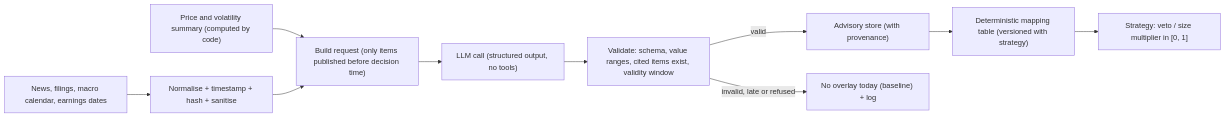
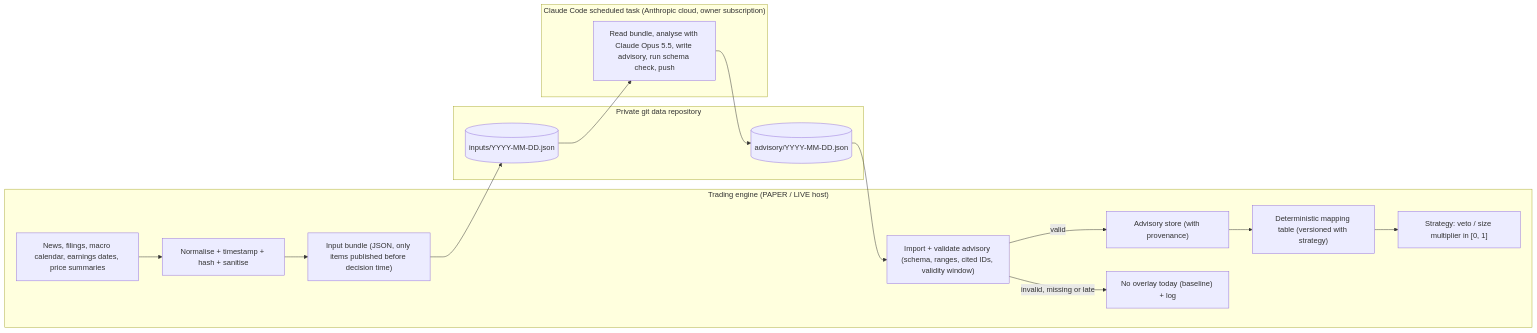
One commit to Kei-Takamizawa/AI-Trader changed the diagram in docs/design/11-strategy-and-ai-analysis.md. Above: the diagram before and after it, drawn with Mermaid. The commit also changed other lines of this file and 12 other files, not shown here.

````diff
--- a/docs/design/11-strategy-and-ai-analysis.md
+++ b/docs/design/11-strategy-and-ai-analysis.md
@@ -66,12 +68,23 @@
 ```mermaid
 flowchart LR
-    src["News, filings, macro calendar, earnings dates"] --> norm["Normalise + timestamp + hash + sanitise"]
-    prices["Price and volatility summary (computed by code)"] --> build
-    norm --> build["Build request (only items published before decision time)"]
-    build --> llm["LLM call (structured output, no tools)"]
-    llm --> val["Validate: schema, value ranges, cited items exist, validity window"]
-    val -->|"valid"| store["Advisory store (with provenance)"]
-    val -->|"invalid, late or refused"| fb["No overlay today (baseline) + log"]
-    store --> map["Deterministic mapping table (versioned with strategy)"]
-    map --> strat["Strategy: veto / size multiplier in [0, 1]"]
+    subgraph engine["Trading engine (PAPER / LIVE host)"]
+        src["News, filings, macro calendar, earnings dates, price summaries"] --> norm["Normalise + timestamp + hash + sanitise"]
+        norm --> bundle["Input bundle (JSON, only items published before decision time)"]
+        imp["Import + validate advisory (schema, ranges, cited IDs, validity window)"]
+        imp -->|"valid"| store["Advisory store (with provenance)"]
+        imp -->|"invalid, missing or late"| fb["No overlay today (baseline) + log"]
+        store --> map["Deterministic mapping table (versioned with strategy)"]
+        map --> strat["Strategy: veto / size multiplier in [0, 1]"]
+    end
+    subgraph repo["Private git data repository"]
+        inb[("inputs/YYYY-MM-DD.json")]
+        adv[("advisory/YYYY-MM-DD.json")]
+    end
+    subgraph task["Claude Code scheduled task (Anthropic cloud, owner subscription)"]
+        run["Read bundle, analyse with Claude Opus 5.5, write advisory, run schema check, push"]
+    end
+    bundle --> inb
+    inb --> run
+    run --> adv
+    adv --> imp
 ```
````
